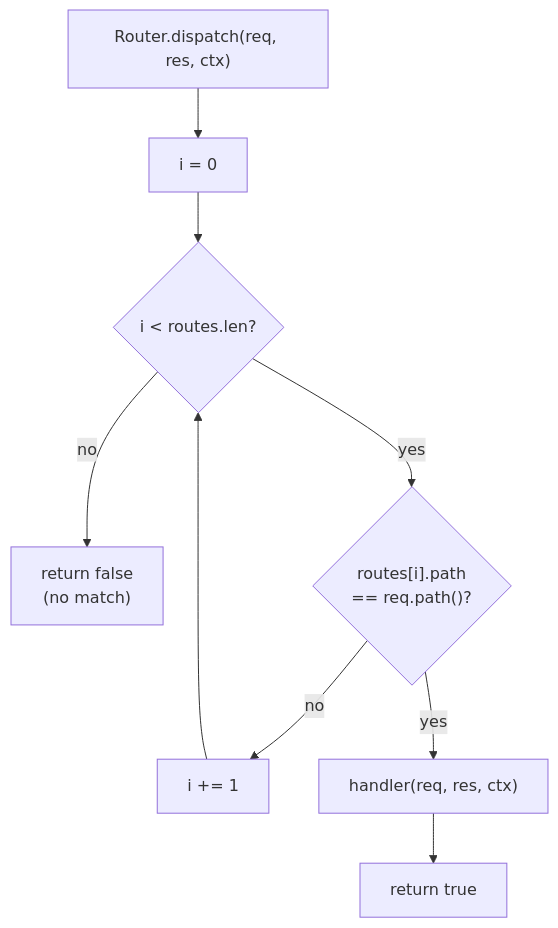
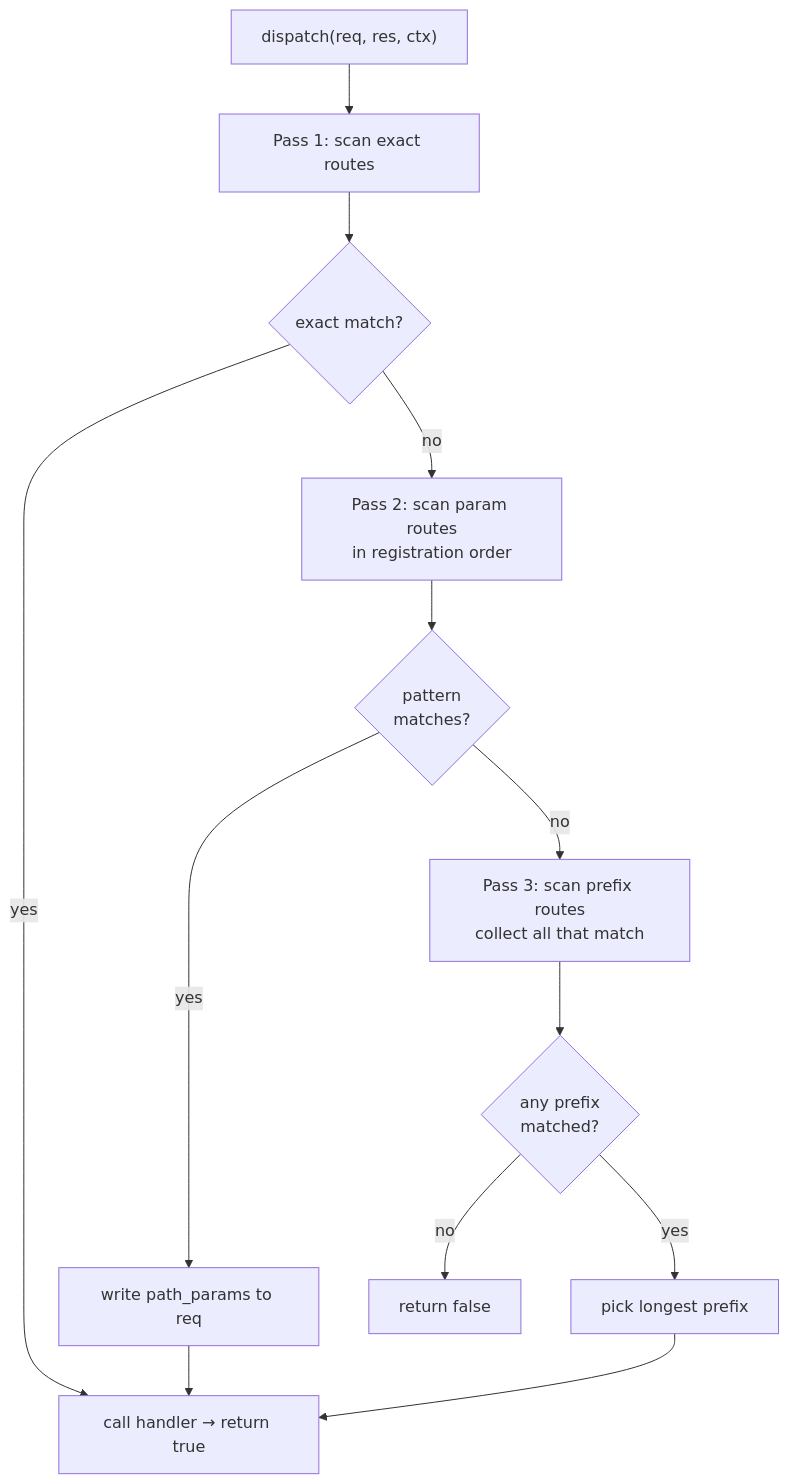
The fifth of 7 diagrams in docs/HLD.md (prothegee/zix), drawn with Mermaid before and after one commit. The commit also changed other lines of this file, not shown here.

````diff
--- a/docs/HLD.md
+++ b/docs/HLD.md
@@ -223,11 +262,15 @@
 ```mermaid
 flowchart TD
-    A["Router.dispatch(req, res, ctx)"] --> B["i = 0"]
-    B --> C{"i < routes.len?"}
-    C -->|no| D["return false\n(no match)"]
-    C -->|yes| E{"routes[i].path\n== req.path()?"}
-    E -->|no| F["i += 1"]
-    F --> C
-    E -->|yes| G["handler(req, res, ctx)"]
-    G --> H["return true"]
+    A["dispatch(req, res, ctx)"] --> B["Pass 1: scan exact routes"]
+    B --> C{"exact match?"}
+    C -->|yes| DONE["call handler → return true"]
+    C -->|no| D["Pass 2: scan param routes\nin registration order"]
+    D --> E{"pattern\nmatches?"}
+    E -->|yes| F["write path_params to req"]
+    F --> DONE
+    E -->|no| G["Pass 3: scan prefix routes\ncollect all that match"]
+    G --> H{"any prefix\nmatched?"}
+    H -->|no| Z["return false"]
+    H -->|yes| I["pick longest prefix"]
+    I --> DONE
 ```
````
